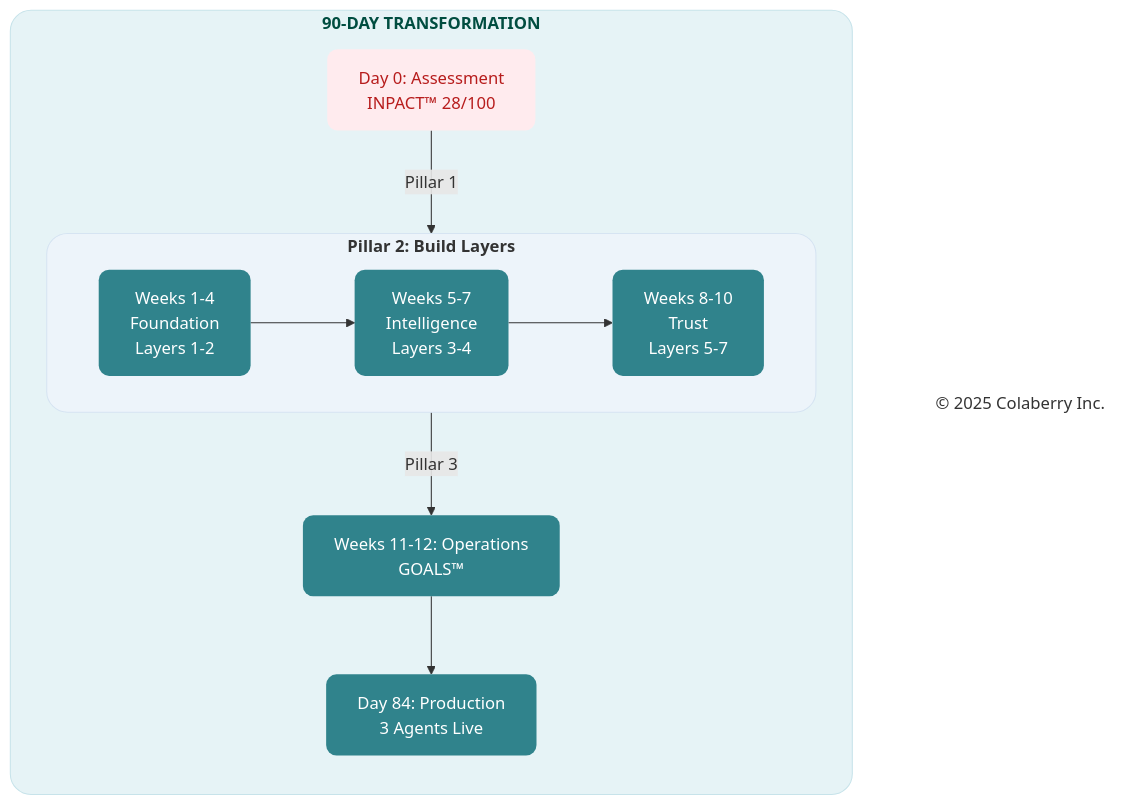
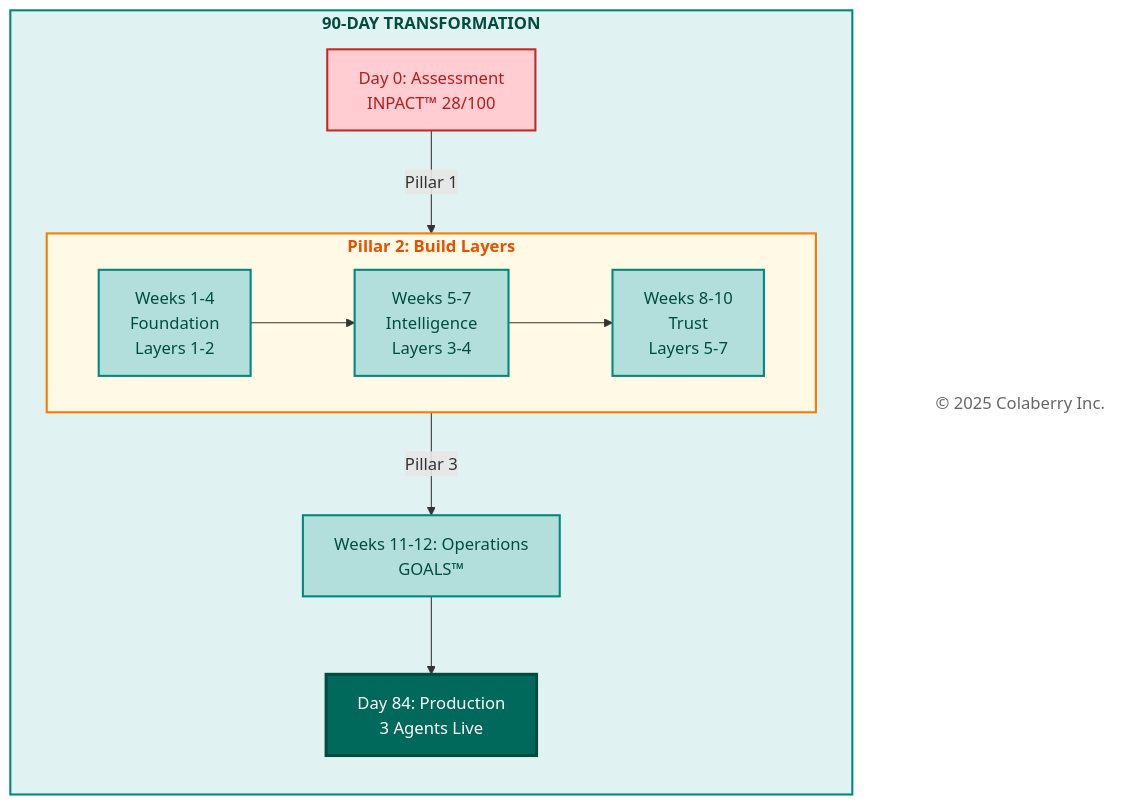
One commit to saitejesh-cyber/trust-before-intelligence-book changed the tenth of 11 diagrams in manuscript/09_chapter_8_architecture_of_trust_in_action.md. Above: the diagram before and after it, drawn with Mermaid. The commit also changed other lines of this file and 12 other files, not shown here.

Commit message:
Restore legacy Mermaid styles for Option 1

````diff
--- a/manuscript/09_chapter_8_architecture_of_trust_in_action.md
+++ b/manuscript/09_chapter_8_architecture_of_trust_in_action.md
@@ -808,37 +808,37 @@
 ```mermaid
 
 graph TB
   subgraph JOURNEY["<b>90-DAY TRANSFORMATION</b>"]
     direction TB
     D0["Day 0: Assessment<br/>INPACT™ 28/100"]
     
     subgraph BUILD["<b>Pillar 2: Build Layers</b>"]
       direction LR
       W4["Weeks 1-4<br/>Foundation<br/>Layers 1-2"]
       W7["Weeks 5-7<br/>Intelligence<br/>Layers 3-4"]
       W10["Weeks 8-10<br/>Trust<br/>Layers 5-7"]
       W4 --> W7 --> W10
     end
     
     W12["Weeks 11-12: Operations<br/>GOALS™"]
     
     FINAL["Day 84: Production<br/>3 Agents Live"]
   end
   
   Copyright["© 2025 Colaberry Inc."]
   
   D0 -->|"Pillar 1"| BUILD
   BUILD -->|"Pillar 3"| W12
   W12 --> FINAL
   
-  style JOURNEY fill:#e6f3f6,stroke:#c7e3ea,stroke-width:1px,color:#004d40,rx:20,ry:20
-  style D0 fill:#ffebee,stroke:none,color:#b71c1c,rx:10,ry:10
-  style BUILD fill:#edf4fa,stroke:#d6e4f2,stroke-width:1px,color:#333333,rx:20,ry:20
-  style W4 fill:#30838C,stroke:none,color:#ffffff,rx:10,ry:10
-  style W7 fill:#30838C,stroke:none,color:#ffffff,rx:10,ry:10
-  style W10 fill:#30838C,stroke:none,color:#ffffff,rx:10,ry:10
-  style W12 fill:#30838C,stroke:none,color:#ffffff,rx:10,ry:10
-  style FINAL fill:#30838C,stroke:none,color:#ffffff,rx:10,ry:10
-  style Copyright fill:none,stroke:none,color:#333333
+  style JOURNEY fill:#e0f2f1,stroke:#00897b,stroke-width:2px,color:#004d40
+  style D0 fill:#ffcdd2,stroke:#c62828,stroke-width:2px,color:#b71c1c
+  style BUILD fill:#fff9e6,stroke:#f57c00,stroke-width:2px,color:#e65100
+  style W4 fill:#b2dfdb,stroke:#00897b,stroke-width:2px,color:#004d40
+  style W7 fill:#b2dfdb,stroke:#00897b,stroke-width:2px,color:#004d40
+  style W10 fill:#b2dfdb,stroke:#00897b,stroke-width:2px,color:#004d40
+  style W12 fill:#b2dfdb,stroke:#00897b,stroke-width:2px,color:#004d40
+  style FINAL fill:#00695c,color:#ffffff,stroke:#004d40,stroke-width:3px
+  style Copyright fill:#ffffff,stroke:none,color:#666666
 
 ```
````
